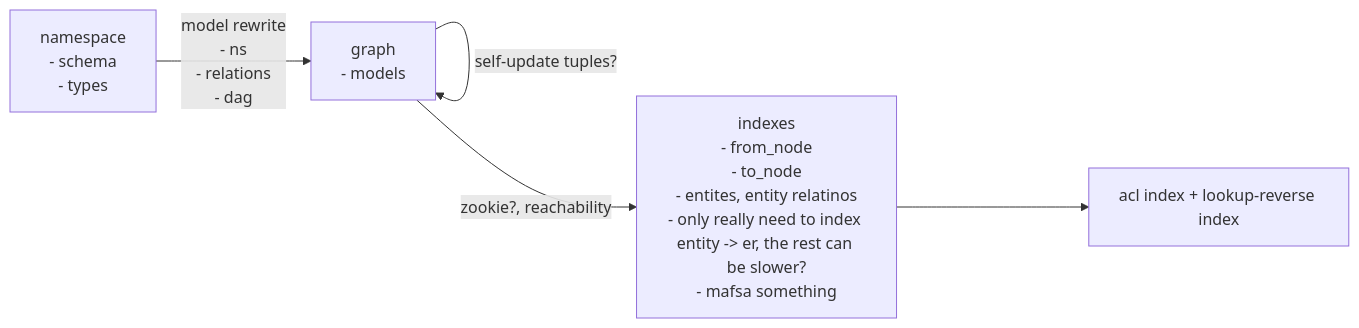
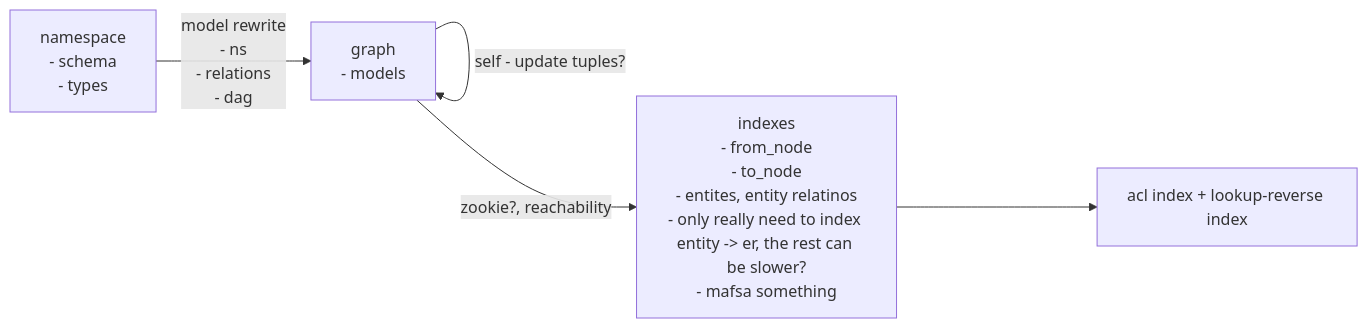
Before and after one commit to averykhoo/graph-reachability-zanzibar-index: the diagram in dump.md, drawn with Mermaid. The commit also changed other lines of this file, not shown here.

Commit message:
this should go into the readme

````diff
--- a/dump.md
+++ b/dump.md
@@ -14,23 +14,22 @@
 ```mermaid
 flowchart LR
     ns["`namespace
          - schema
          - types`"]
-
     g["`graph
         - models`"]
-    ns-->|model rewrite
+    ns -->|model rewrite 
           - ns
-          - relations
-          - dag|g
-    g-->|self-update tuples?|g
-    i["`indexes
+- relations
+- dag|g
+g -->|self - update tuples?|g
+i["`indexes
         - from_node
         - to_node
         - entites, entity relatinos
         - only really need to index entity -> er, the rest can be slower?
         - mafsa something`"]
-    g-->|zookie?, reachability|i
-    ai[acl index + lookup-reverse index]
-    i-->ai
+g -->|zookie?, reachability|i
+ai[acl index + lookup-reverse index]
+i --> ai
 ```
````
